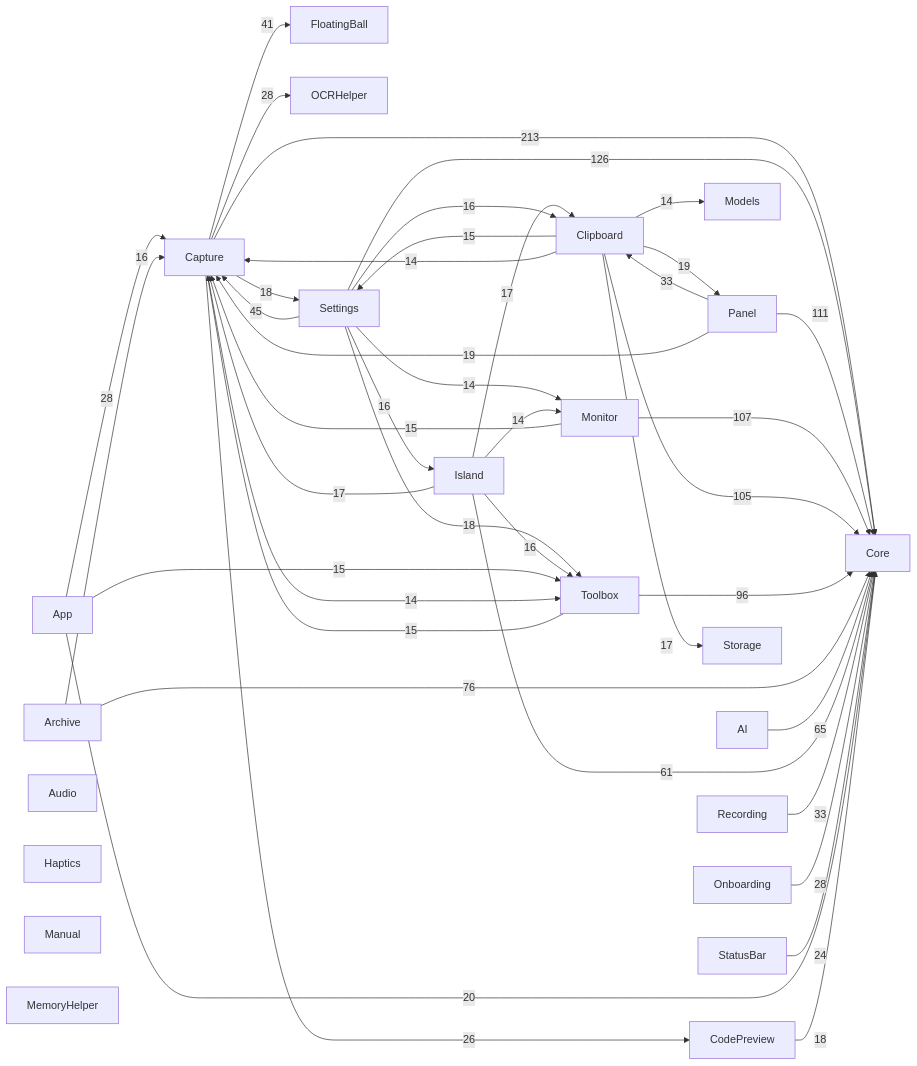
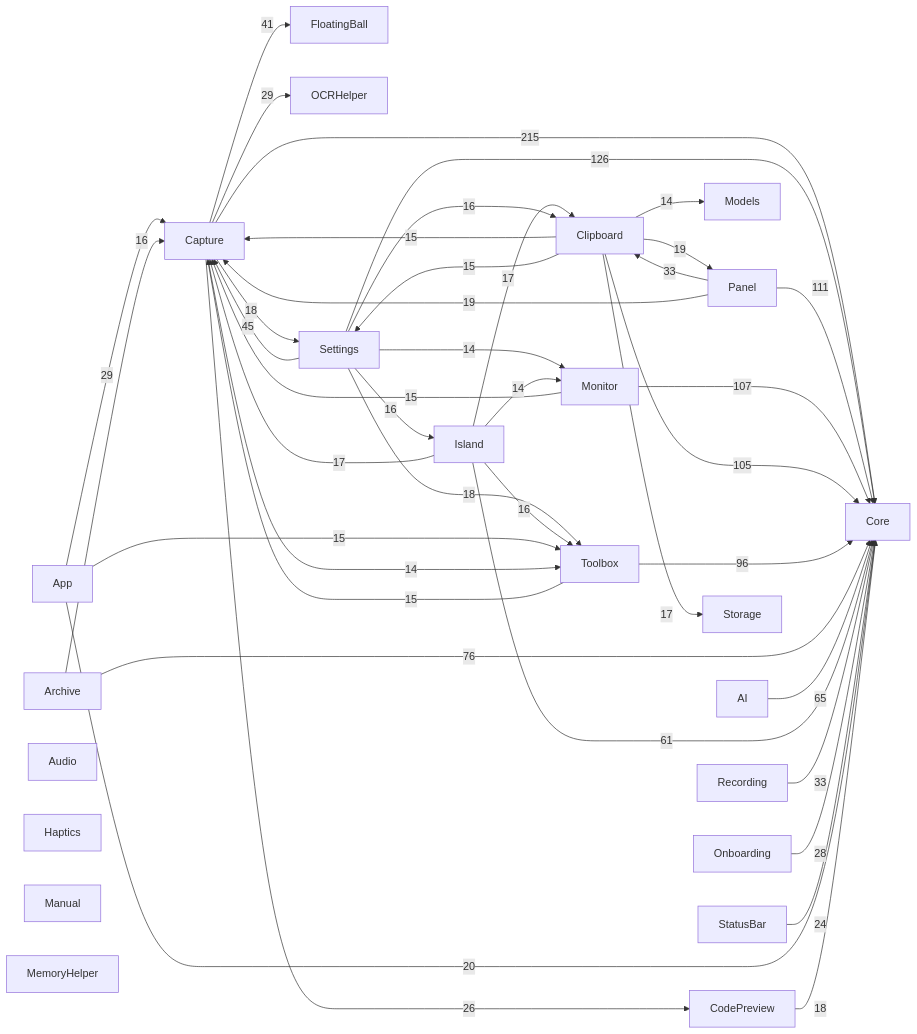
The diagram in docs/00-总览/模块依赖图.md (sxyq/Kitnest), drawn with Mermaid before and after one commit. The commit also changed other lines of this file and 12 other files, not shown here.

````diff
--- a/docs/00-总览/模块依赖图.md
+++ b/docs/00-总览/模块依赖图.md
@@ -37,66 +37,66 @@
 ```mermaid
 flowchart LR
   M0["AI"]
   M1["App"]
   M2["Archive"]
   M3["Audio"]
   M4["Capture"]
   M5["Clipboard"]
   M6["CodePreview"]
   M7["Core"]
   M8["FloatingBall"]
   M9["Haptics"]
   M10["Island"]
   M11["Manual"]
   M12["MemoryHelper"]
   M13["Models"]
   M14["Monitor"]
   M15["OCRHelper"]
   M16["Onboarding"]
   M17["Panel"]
   M18["Recording"]
   M19["Settings"]
   M20["StatusBar"]
   M21["Storage"]
   M22["Toolbox"]
-  M4 -->|213| M7
+  M4 -->|215| M7
   M19 -->|126| M7
   M17 -->|111| M7
   M14 -->|107| M7
   M5 -->|105| M7
   M22 -->|96| M7
   M2 -->|76| M7
   M0 -->|65| M7
   M10 -->|61| M7
   M19 -->|45| M4
   M4 -->|41| M8
   M17 -->|33| M5
   M18 -->|33| M7
-  M1 -->|28| M4
-  M4 -->|28| M15
+  M1 -->|29| M4
+  M4 -->|29| M15
   M16 -->|28| M7
   M4 -->|26| M6
   M20 -->|24| M7
   M1 -->|20| M7
   M17 -->|19| M4
   M5 -->|19| M17
   M19 -->|18| M22
   M4 -->|18| M19
   M6 -->|18| M7
   M10 -->|17| M5
   M10 -->|17| M4
   M5 -->|17| M21
   M19 -->|16| M5
   M19 -->|16| M10
   M2 -->|16| M4
   M10 -->|16| M22
   M1 -->|15| M22
   M14 -->|15| M4
   M22 -->|15| M4
+  M5 -->|15| M4
   M5 -->|15| M19
   M19 -->|14| M14
   M4 -->|14| M22
   M10 -->|14| M14
-  M5 -->|14| M4
   M5 -->|14| M13
 ```
````
